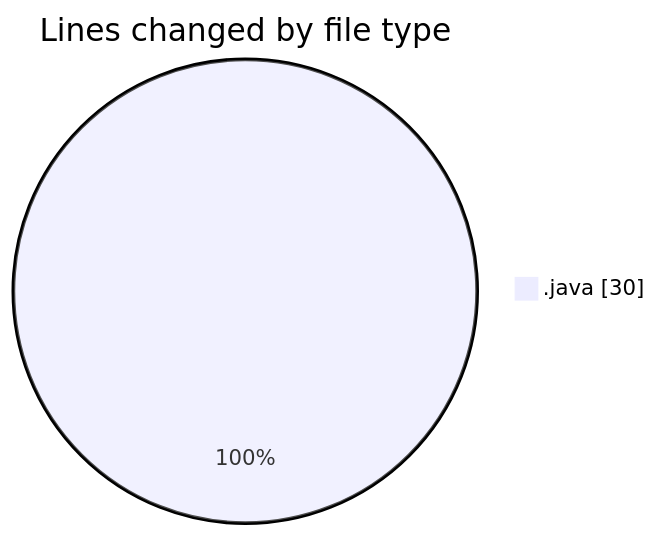
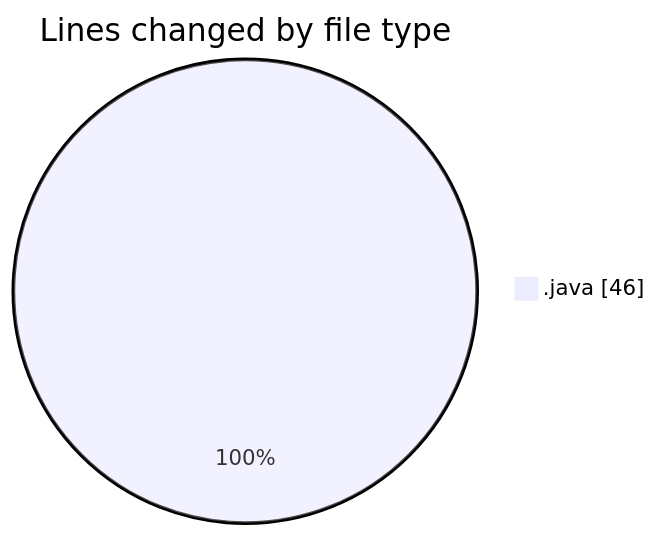
One commit to NitaiMahat/code-tracking changed the first of 2 diagrams in 2025-01-28/java/README.md. Above: the diagram before and after it, drawn with Mermaid. The commit also changed other lines of this file and 1 other file, not shown here.

````diff
--- a/2025-01-28/java/README.md
+++ b/2025-01-28/java/README.md
@@ -21,5 +21,5 @@
 ```mermaid
 pie showData
 title Lines changed by file type
-".java" : 30
+".java" : 46
 ```
````
